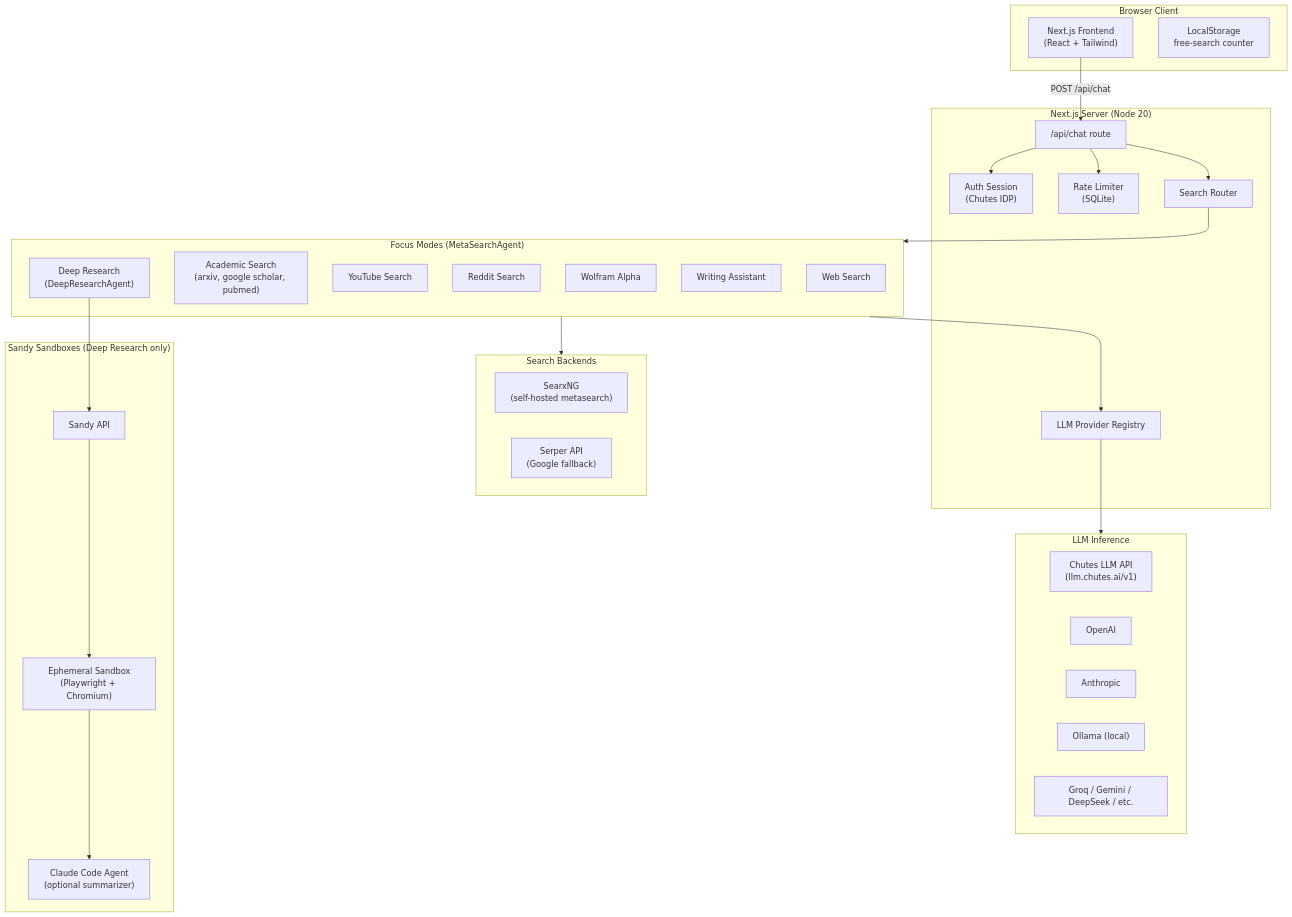
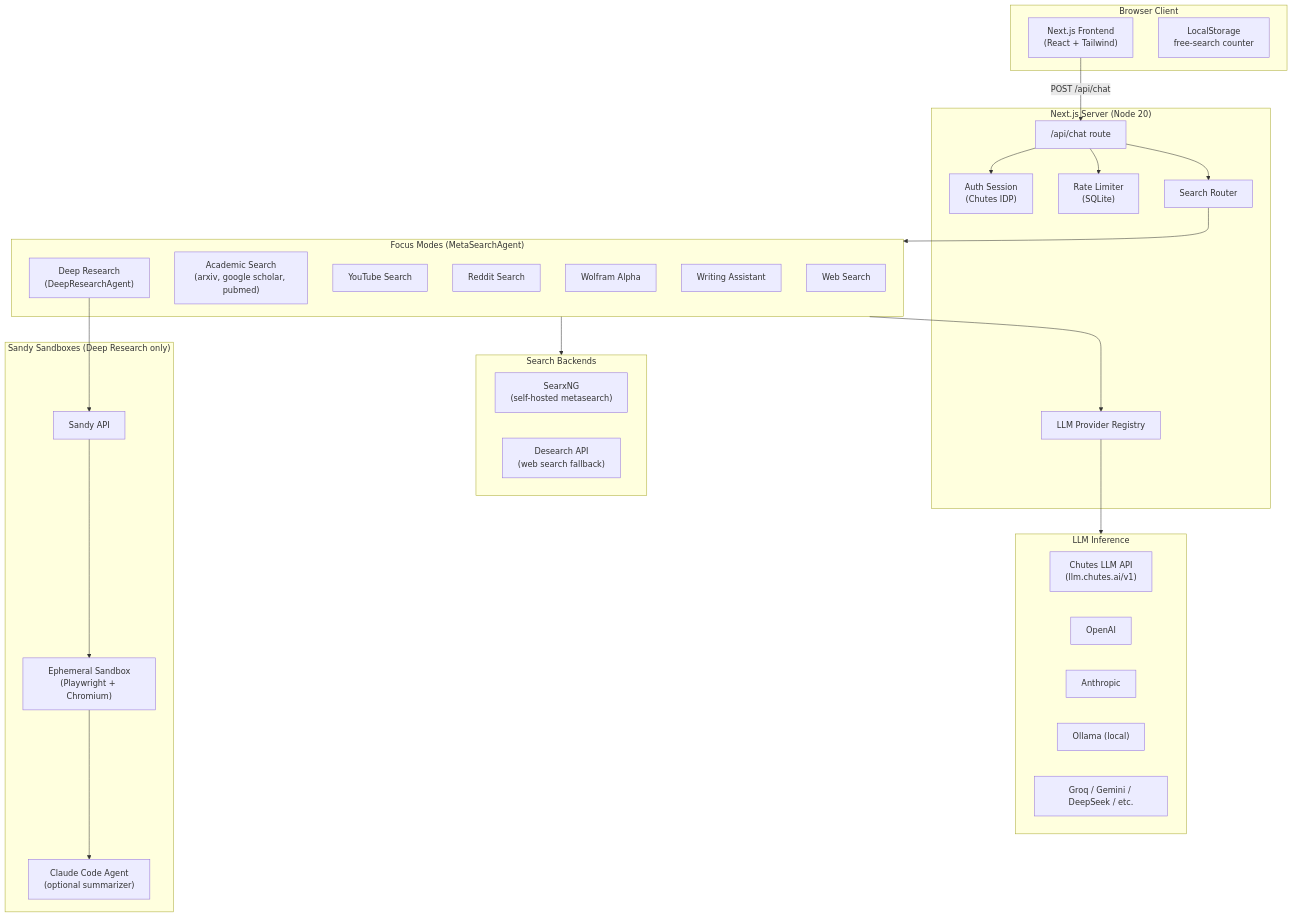
One commit to chutesai/chutes-search changed the first of 4 diagrams in docs2/01-architecture-overview.md. Above: the diagram before and after it, drawn with Mermaid. The commit also changed other lines of this file and 17 other files, not shown here.

Commit message:
Switch web search fallback to Desearch

````diff
--- a/docs2/01-architecture-overview.md
+++ b/docs2/01-architecture-overview.md
@@ -9,56 +9,56 @@
 ```mermaid
 flowchart TB
     subgraph Client["Browser Client"]
         UI["Next.js Frontend<br/>(React + Tailwind)"]
         LS["LocalStorage<br/>free-search counter"]
     end
 
     subgraph Server["Next.js Server (Node 20)"]
         API["/api/chat route"]
         AUTH["Auth Session<br/>(Chutes IDP)"]
         RATE["Rate Limiter<br/>(SQLite)"]
         ROUTER["Search Router"]
         PROVIDERS["LLM Provider Registry"]
     end
 
     subgraph FocusModes["Focus Modes (MetaSearchAgent)"]
         WEB["Web Search"]
         ACAD["Academic Search<br/>(arxiv, google scholar, pubmed)"]
         YT["YouTube Search"]
         RD["Reddit Search"]
         WA["Wolfram Alpha"]
         WR["Writing Assistant"]
         DR["Deep Research<br/>(DeepResearchAgent)"]
     end
 
     subgraph SearchBackends["Search Backends"]
         SEARXNG["SearxNG<br/>(self-hosted metasearch)"]
-        SERPER["Serper API<br/>(Google fallback)"]
+        DESEARCH["Desearch API<br/>(web search fallback)"]
     end
 
     subgraph LLMLayer["LLM Inference"]
         CHUTES_LLM["Chutes LLM API<br/>(llm.chutes.ai/v1)"]
         OPENAI["OpenAI"]
         ANTHROPIC["Anthropic"]
         OLLAMA["Ollama (local)"]
         OTHERS["Groq / Gemini / DeepSeek / etc."]
     end
 
     subgraph SandboxLayer["Sandy Sandboxes (Deep Research only)"]
         SANDY["Sandy API"]
         SB["Ephemeral Sandbox<br/>(Playwright + Chromium)"]
         AGENT["Claude Code Agent<br/>(optional summarizer)"]
     end
 
     UI -->|POST /api/chat| API
     API --> AUTH
     API --> RATE
     API --> ROUTER
     ROUTER --> FocusModes
     FocusModes --> SearchBackends
     FocusModes --> PROVIDERS
     PROVIDERS --> LLMLayer
     DR --> SANDY
     SANDY --> SB
     SB --> AGENT
 ```
````
